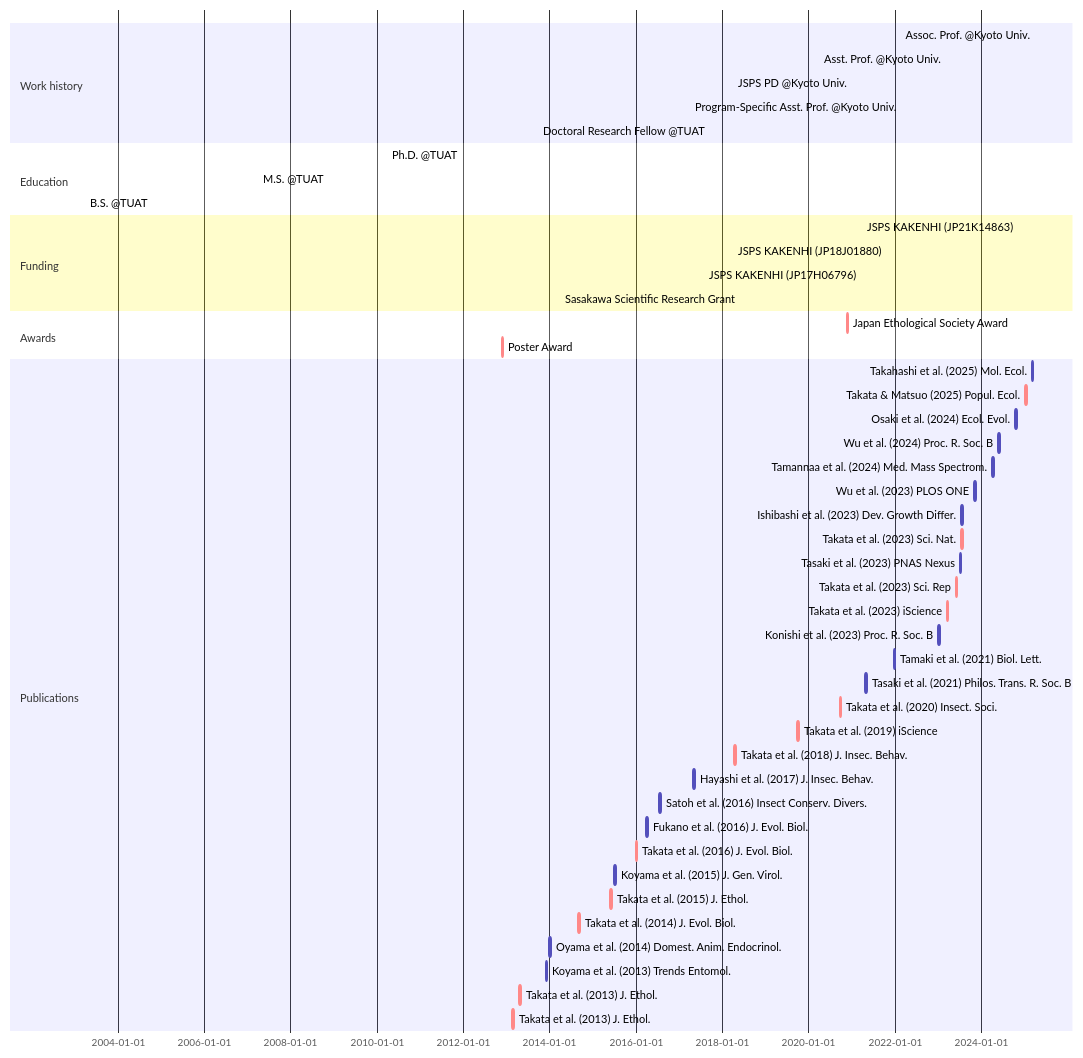
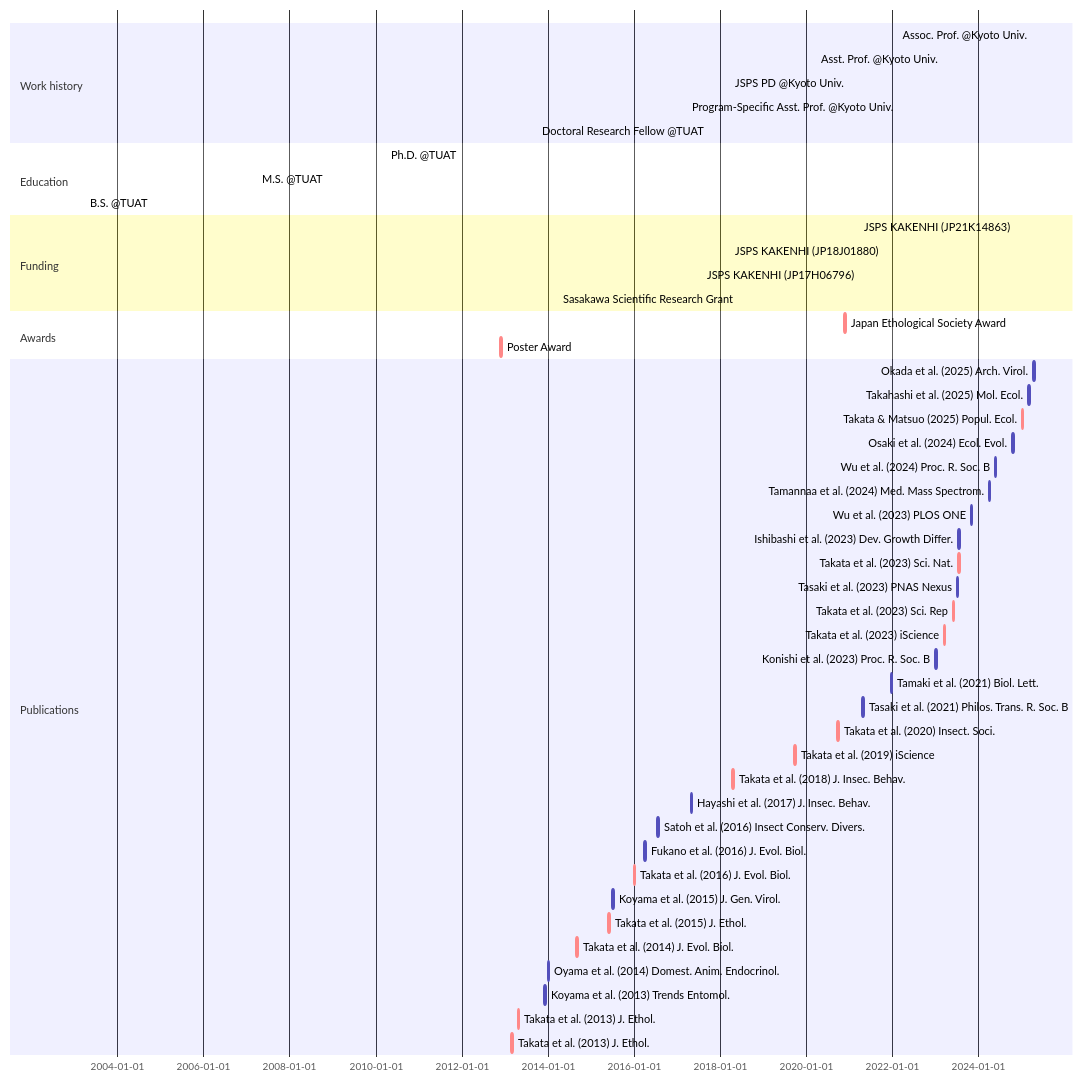
One commit to MamoruTakata/MamoruTakata.github.io changed the diagram in _includes/mermaid-cv.md. Above: the diagram before and after it, drawn with Mermaid.

````diff
--- a/_includes/mermaid-cv.md
+++ b/_includes/mermaid-cv.md
@@ -1,54 +1,55 @@
 ```mermaid
 gantt
 section Work history
   Assoc. Prof. @Kyoto Univ.                     : active, Assoc. Prof., 2025-04-01, 2030-03-31
   Asst. Prof. @Kyoto Univ.                      : active, Asst. Prof., 2020-04-01, 2025-03-31
   JSPS PD @Kyoto Univ.                          : active, PD, 2018-04-01, 2020-03-31
   Program-Specific Asst. Prof. @Kyoto Univ.     : active, Program-Specific Asst. Prof., 2017-04-01, 2018-03-31
   Doctoral Research Fellow @TUAT                : active, Program-Specific Asst. Prof., 2013-10-01, 2017-03-31
 
 section Education
   Ph.D. @TUAT    : Ph.D., 2010-04-01, 2013-09-18
   M.S. @TUAT     : M.S., 2007-04-01, 2010-03-31
   B.S. @TUAT     : B.S., 2003-04-01, 2007-03-31
 
 section Funding
   JSPS KAKENHI (JP21K14863)                     : active, grant_young, 2021-04-01, 2026-03-31
   JSPS KAKENHI (JP18J01880)                     : active, grant_PD, 2018-04-01, 2021-03-31
   JSPS KAKENHI (JP17H06796)                     : active, grant_start, 2017-08-01, 2018-03-31
   Sasakawa Scientific Research Grant            : active, grant_Sasagawa, 2014-04-01, 2015-03-31
 
 section Awards
   Japan Ethological Society Award               : crit, aw_2, 2020-11-21, 2w
   Poster Award                                  : crit, aw_1, 2012-11-24, 2w
 
 section Publications
+  Okada et al. (2025) Arch. Virol.              :       Okada et al. 2025, 2025-04-16, 2w
   Takahashi et al. (2025) Mol. Ecol.            :       Takahashi et al. 2025, 2025-03-04, 2w
   Takata & Matsuo (2025) Popul. Ecol.           : crit, Takata & Matsuo 2025, 2025-01-07, 2w
   Osaki et al. (2024) Ecol. Evol.               :       Osaki et al. 2024, 2024-10-17, 2w
   Wu et al. (2024) Proc. R. Soc. B              :       Wu et al. 2024, 2024-05-22, 2w
   Tamannaa et al. (2024) Med. Mass Spectrom.    :       Tamannaa et al. 2024, 2024-04-01, 2w
   Wu et al. (2023) PLOS ONE                     :       Wu et al. 2023, 2023-11-02, 2w
   Ishibashi et al. (2023) Dev. Growth Differ.   :       Ishibashi et al. 2023, 2023-07-18, 2w
   Takata et al. (2023) Sci. Nat.                : crit, Takata et al. 2023c, 2023-07-17, 2w
   Tasaki et al. (2023) PNAS Nexus               :       Tasaki et al. 2023, 2023-07-04, 2w
   Takata et al. (2023) Sci. Rep                 : crit, Takata et al. 2023b, 2023-05-31, 2w
   Takata et al. (2023) iScience                 : crit, Takata et al. 2023a, 2023-03-17, 2w
   Konishi et al. (2023) Proc. R. Soc. B         :       Konishi et al. 2023, 2023-01-04, 2w
   Tamaki et al. (2021) Biol. Lett.              :       Tamaki et al. 2021, 2021-12-22, 2w
   Tasaki et al. (2021) Philos. Trans. R. Soc. B :       Tasaki et al. 2021, 2021-04-26, 2w
   Takata et al. (2020) Insect. Soci.            : crit, Takata et al. 2020, 2020-09-22, 2w
   Takata et al. (2019) iScience                 : crit, Takata et al. 2019, 2019-09-27, 2w
   Takata et al. (2018) J. Insec. Behav.         : crit, Takata et al. 2018, 2018-04-14, 2w
   Hayashi et al. (2017) J. Insec. Behav.        :       Hayashi et al. 2017, 2017-04-29, 2w
   Satoh et al. (2016) Insect Conserv. Divers.   :       Satoh et al. 2016, 2016-07-16, 2w
   Fukano et al. (2016) J. Evol. Biol.           :       Fukano et al. 2016, 2016-04-01, 2w
   Takata et al. (2016) J. Evol. Biol.           : crit, Takata et al. 2016, 2016-01-01, 2w
   Koyama et al. (2015) J. Gen. Virol.           :       Koyama et al. 2015, 2015-07-01, 2w
   Takata et al. (2015) J. Ethol.                : crit, Takata et al. 2015, 2015-05-28, 2w
   Takata et al. (2014) J. Evol. Biol.           : crit, Takata et al. 2014, 2014-09-01, 2w
   Oyama et al. (2014) Domest. Anim. Endocrinol. :       Oyama et al. 2014, 2014-01-01, 2w
   Koyama et al. (2013) Trends Entomol.          :       Koyama et al. 2013, 2013-12-01, 2w
   Takata et al. (2013) J. Ethol.                : crit, Takata et al. 2015b, 2013-04-21, 2w
   Takata et al. (2013) J. Ethol.                : crit, Takata et al. 2015a, 2013-02-23, 2w
 ```
````
